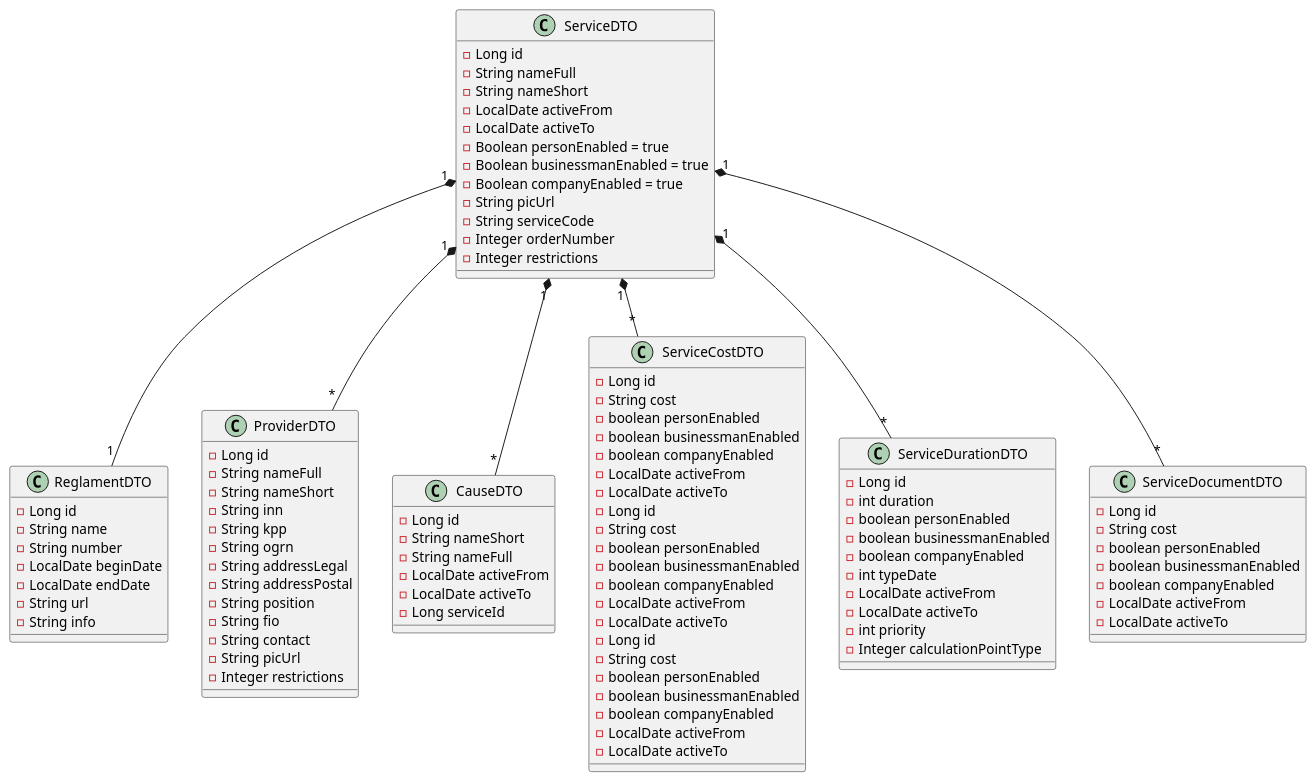
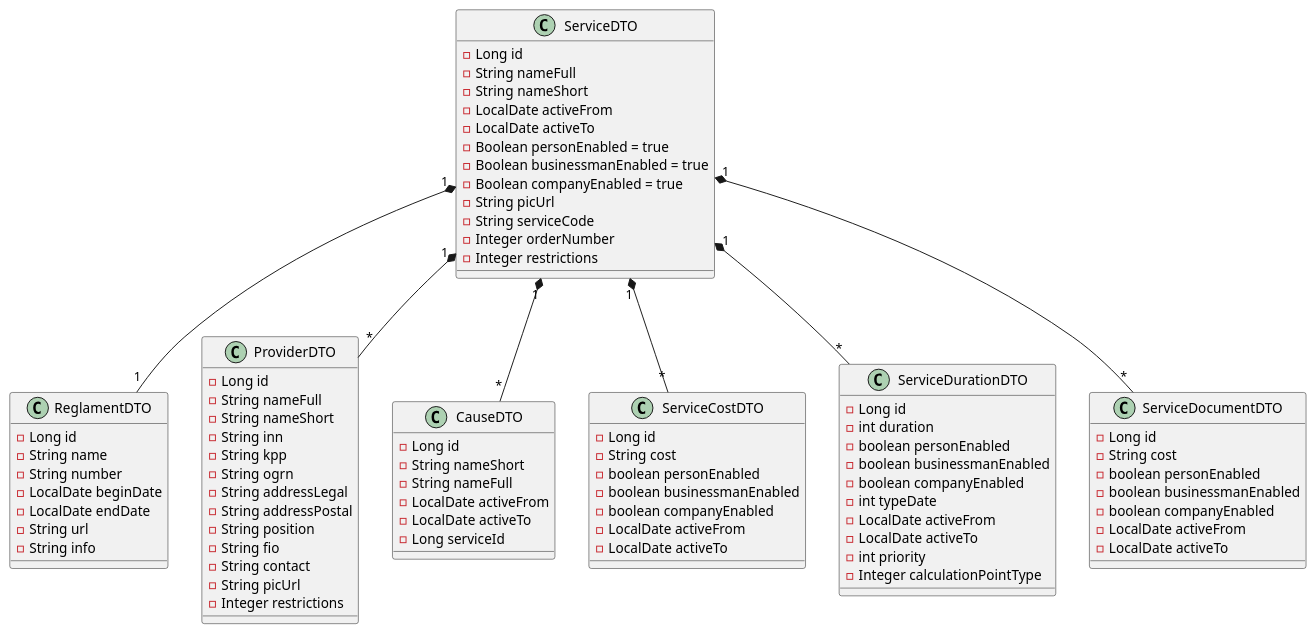
One commit to yespeace13/path-to-end changed the diagram in api-classes/api-classes-services-dto.puml. Above: the diagram before and after it, drawn with PlantUML. The commit also changed 3 other files, not shown here.

```diff
--- a/api-classes/api-classes-services-dto.puml
+++ b/api-classes/api-classes-services-dto.puml
@@ -1,118 +1,100 @@
 @startuml
 'skinparam groupInheritance 4
 'page 2x1
 'skinparam pageMargin 10
 'skinparam pageExternalColor gray
 'skinparam pageBorderColor black
 
 
 class ServiceDTO {
   - Long id
   - String nameFull
   - String nameShort
   - LocalDate activeFrom
   - LocalDate activeTo
   - Boolean personEnabled = true
   - Boolean businessmanEnabled = true
   - Boolean companyEnabled = true
   - String picUrl
   - String serviceCode
   - Integer orderNumber
   - Integer restrictions
 }
 
 class ReglamentDTO {
   - Long id
   - String name
   - String number
   - LocalDate beginDate
   - LocalDate endDate
   - String url
   - String info
 }
 
 class ProviderDTO {
   - Long id
   - String nameFull
   - String nameShort
   - String inn
   - String kpp
   - String ogrn
   - String addressLegal
   - String addressPostal
   - String position
   - String fio
   - String contact
   - String picUrl
   - Integer restrictions
 }
 
 class CauseDTO {
   - Long id
   - String nameShort
   - String nameFull
   - LocalDate activeFrom
   - LocalDate activeTo
   - Long serviceId
 }
 
 class ServiceCostDTO {
 - Long id
 - String cost
 - boolean personEnabled
 - boolean businessmanEnabled
 - boolean companyEnabled
 - LocalDate activeFrom
 - LocalDate activeTo
 }
 
-class ServiceCostDTO {
-- Long id
-- String cost
-- boolean personEnabled
-- boolean businessmanEnabled
-- boolean companyEnabled
-- LocalDate activeFrom
-- LocalDate activeTo
-}
 
 class ServiceDurationDTO {
 - Long id
 - int duration
 - boolean personEnabled
 - boolean businessmanEnabled
 - boolean companyEnabled
 - int typeDate
 - LocalDate activeFrom
 - LocalDate activeTo
 - int priority
 - Integer calculationPointType
 }
 
-class ServiceCostDTO {
-- Long id
-- String cost
-- boolean personEnabled
-- boolean businessmanEnabled
-- boolean companyEnabled
-- LocalDate activeFrom
-- LocalDate activeTo
-}
 
 class ServiceDocumentDTO {
 - Long id
 - String cost
 - boolean personEnabled
 - boolean businessmanEnabled
 - boolean companyEnabled
 - LocalDate activeFrom
 - LocalDate activeTo
 }
 
 ServiceDTO "1" *-- "1" ReglamentDTO
 ServiceDTO "1" *-- "*" ProviderDTO
 ServiceDTO "1" *-- "*" CauseDTO
 ServiceDTO "1" *-- "*" ServiceCostDTO
 ServiceDTO "1" *-- "*" ServiceDurationDTO
 ServiceDTO "1" *-- "*" ServiceDocumentDTO
 @enduml
```
